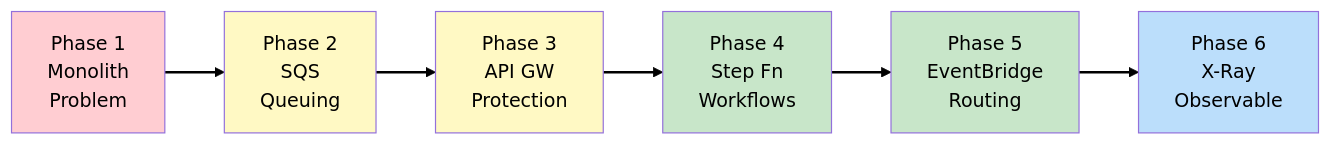
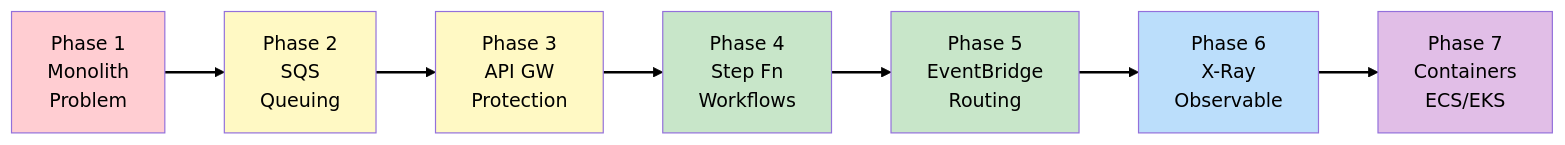
Before and after one commit to benjaminhonorio/aws-architecting: the diagram in docs/scenarios/eventpro/00-overview.md, drawn with Mermaid. The commit also changed other lines of this file and 7 other files, not shown here.

````diff
--- a/docs/scenarios/eventpro/00-overview.md
+++ b/docs/scenarios/eventpro/00-overview.md
@@ -39,16 +41,18 @@
 ```mermaid
 flowchart LR
     P1["Phase 1<br>Monolith<br>Problem"] --> P2["Phase 2<br>SQS<br>Queuing"]
     P2 --> P3["Phase 3<br>API GW<br>Protection"]
     P3 --> P4["Phase 4<br>Step Fn<br>Workflows"]
     P4 --> P5["Phase 5<br>EventBridge<br>Routing"]
     P5 --> P6["Phase 6<br>X-Ray<br>Observable"]
+    P6 --> P7["Phase 7<br>Containers<br>ECS/EKS"]
 
     style P1 fill:#ffcdd2,color:#000
     style P2 fill:#fff9c4,color:#000
     style P3 fill:#fff9c4,color:#000
     style P4 fill:#c8e6c9,color:#000
     style P5 fill:#c8e6c9,color:#000
     style P6 fill:#bbdefb,color:#000
+    style P7 fill:#e1bee7,color:#000
     linkStyle default stroke:#000,stroke-width:2px
 ```
````
